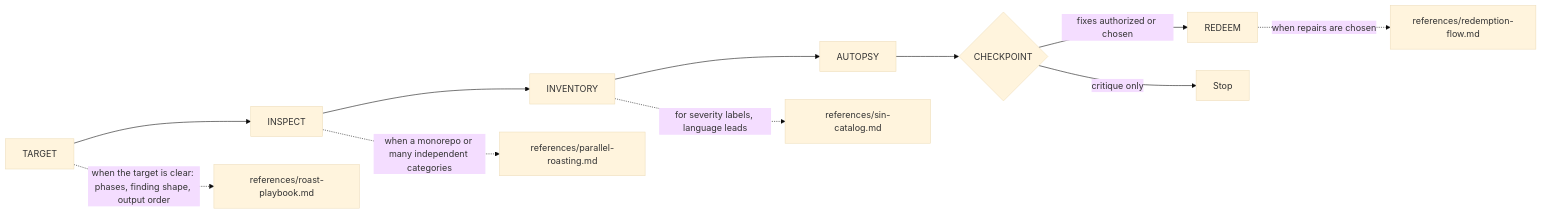
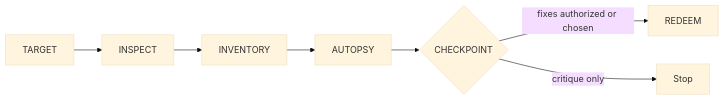
The diagram in skills/octocode-roast/SKILL.md (bgauryy/octocode), drawn with Mermaid (base theme) before and after one commit. The commit also changed other lines of this file and 527 other files, not shown here.

````diff
--- a/skills/octocode-roast/SKILL.md
+++ b/skills/octocode-roast/SKILL.md
@@ -14,10 +10,6 @@
 ```mermaid
 flowchart LR
   T[TARGET] --> I[INSPECT] --> N[INVENTORY] --> A[AUTOPSY] --> C{CHECKPOINT}
   C -->|fixes authorized or chosen| R[REDEEM]
   C -->|critique only| S[Stop]
-  T -. "when the target is clear: phases, finding shape, output order" .-> P["references/roast-playbook.md"]
-  I -. "when a monorepo or many independent categories" .-> PR["references/parallel-roasting.md"]
-  N -. "for severity labels, language leads" .-> SC["references/sin-catalog.md"]
-  R -. "when repairs are chosen" .-> RF["references/redemption-flow.md"]
 ```
````
